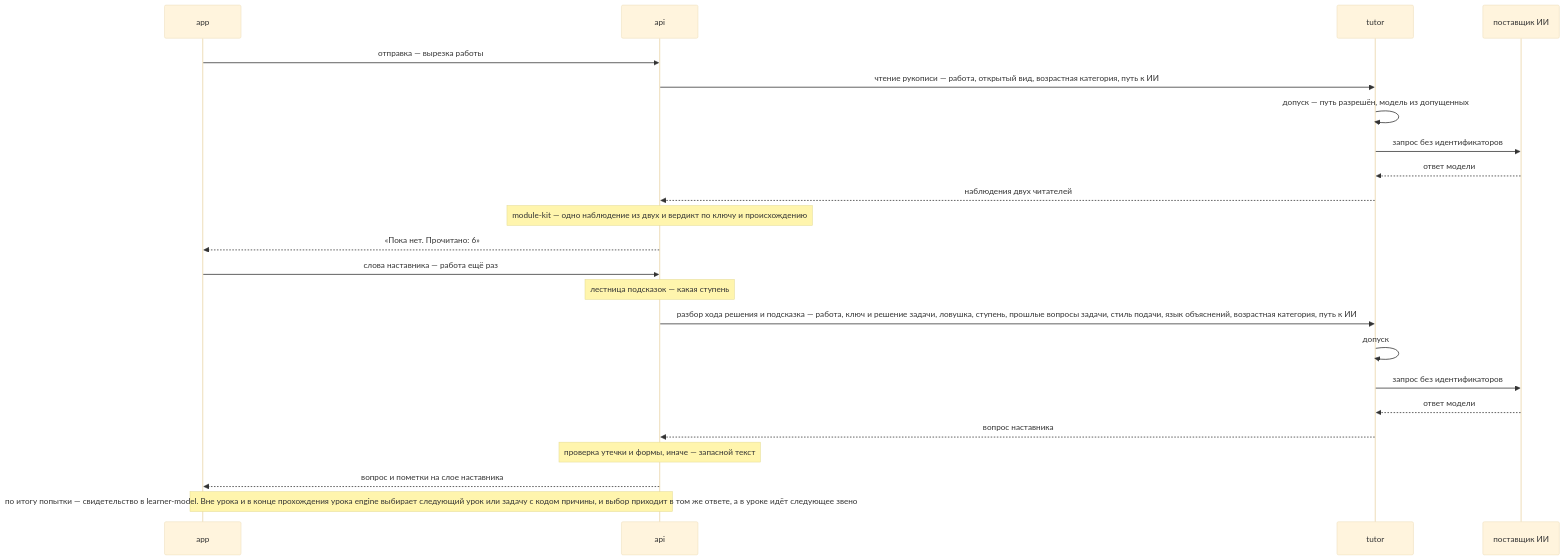
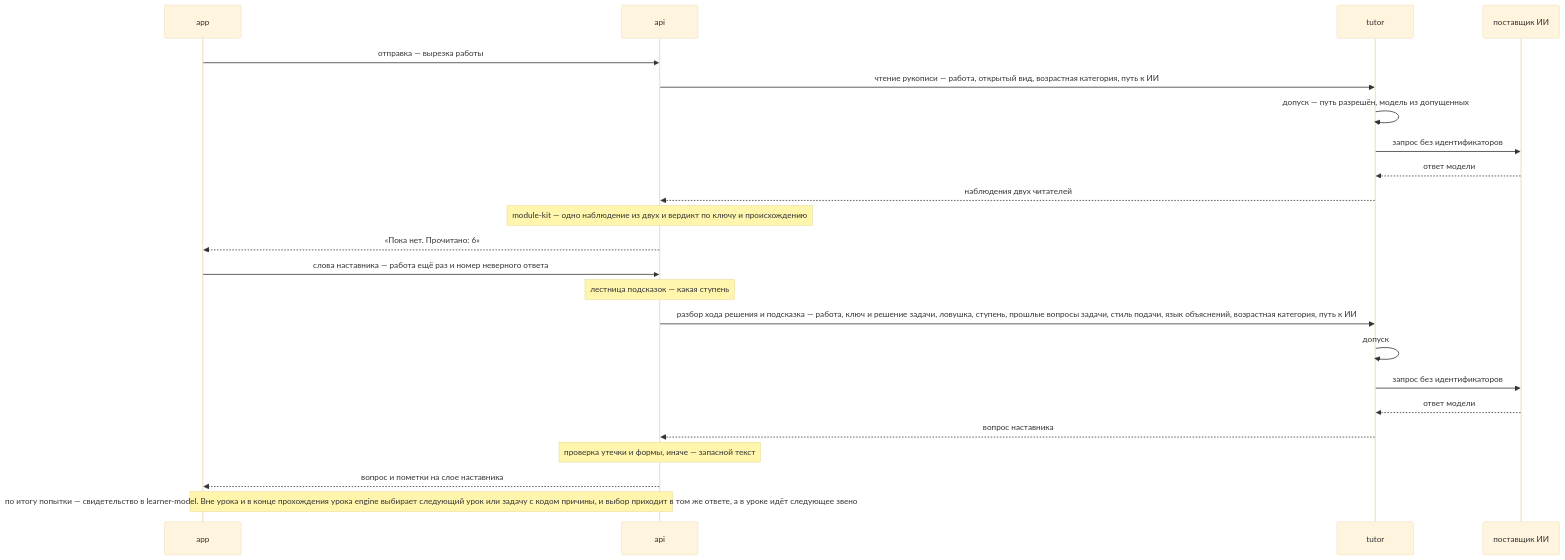
Before and after one commit to altnovatrail/spec: the second of 2 diagrams in docs/architecture.md, drawn with Mermaid (base theme). The commit also changed other lines of this file and 23 other files, not shown here.

````diff
--- a/docs/architecture.md
+++ b/docs/architecture.md
@@ -467,25 +467,25 @@
 ```mermaid
 sequenceDiagram
     participant A as app
     participant P as api
     participant T as tutor
     participant M as поставщик ИИ
     A->>P: отправка — вырезка работы
     P->>T: чтение рукописи — работа, открытый вид, возрастная категория, путь к ИИ
     T->>T: допуск — путь разрешён, модель из допущенных
     T->>M: запрос без идентификаторов
     M-->>T: ответ модели
     T-->>P: наблюдения двух читателей
     Note over P: module-kit — одно наблюдение из двух и вердикт по ключу и происхождению
     P-->>A: «Пока нет. Прочитано: 6»
-    A->>P: слова наставника — работа ещё раз
+    A->>P: слова наставника — работа ещё раз и номер неверного ответа
     Note over P: лестница подсказок — какая ступень
     P->>T: разбор хода решения и подсказка — работа, ключ и решение задачи, ловушка, ступень, прошлые вопросы задачи, стиль подачи, язык объяснений, возрастная категория, путь к ИИ
     T->>T: допуск
     T->>M: запрос без идентификаторов
     M-->>T: ответ модели
     T-->>P: вопрос наставника
     Note over P: проверка утечки и формы, иначе — запасной текст
     P-->>A: вопрос и пометки на слое наставника
     Note over A,P: по итогу попытки — свидетельство в learner-model. Вне урока и в конце прохождения урока engine выбирает следующий урок или задачу с кодом причины, и выбор приходит в том же ответе, а в уроке идёт следующее звено
 ```
````
